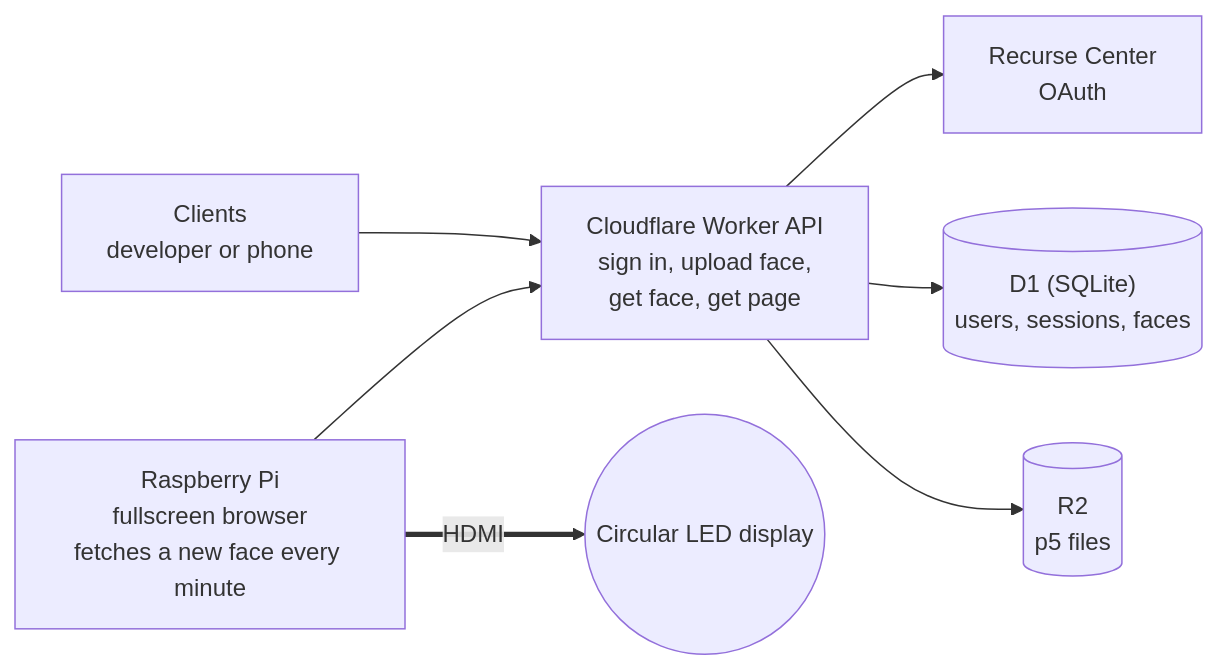
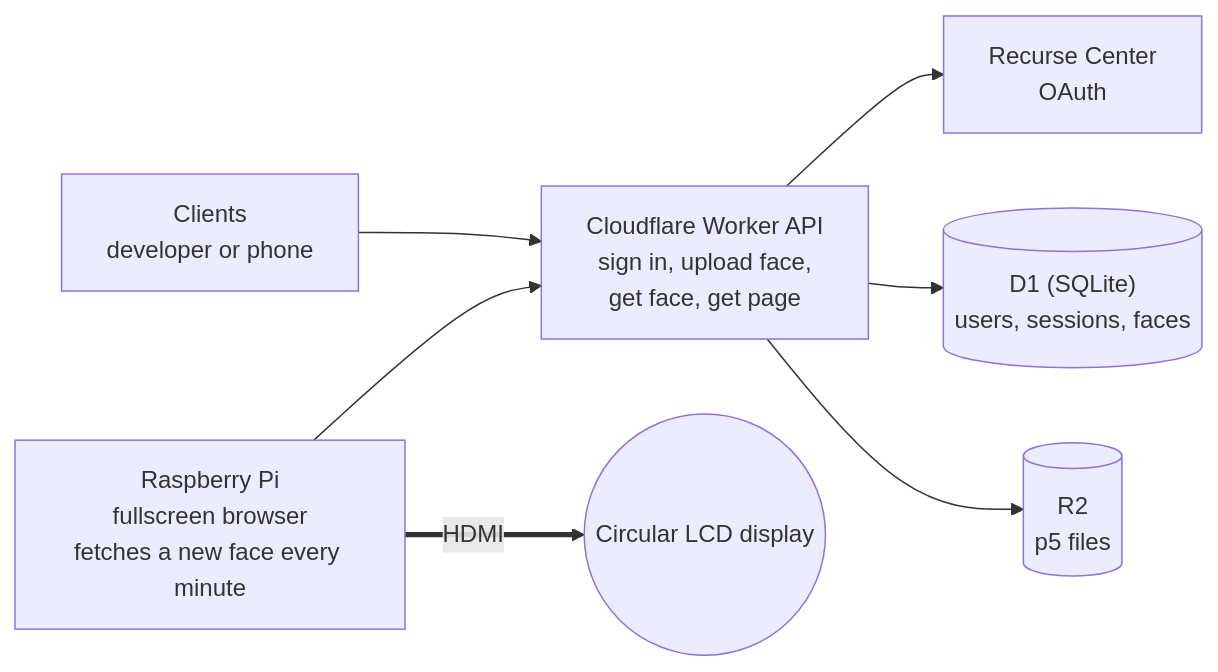
One commit to redSlug/clock changed the diagram in README.md. Above: the diagram before and after it, drawn with Mermaid. The commit also changed other lines of this file and 12 other files, not shown here.

First line of the commit message:
Slim the README, move details to docs, and say LCD instead of LED

````diff
--- a/README.md
+++ b/README.md
@@ -15,19 +13,19 @@
 ```mermaid
 flowchart LR
     CLIENT["Clients<br/>developer or phone"]
     PI["Raspberry Pi<br/>fullscreen browser<br/>fetches a new face every minute"]
-    LED(("Circular LED display"))
+    LCD(("Circular LCD display"))
 
     API["Cloudflare Worker API<br/>sign in, upload face,<br/>get face, get page"]
 
     RC["Recurse Center<br/>OAuth"]
     D1[("D1 (SQLite)<br/>users, sessions, faces")]
     R2[("R2<br/>p5 files")]
 
     CLIENT --> API
     PI --> API
-    PI ==>|"HDMI"| LED
+    PI ==>|"HDMI"| LCD
     API --> RC
     API --> D1
     API --> R2
 ```
````
